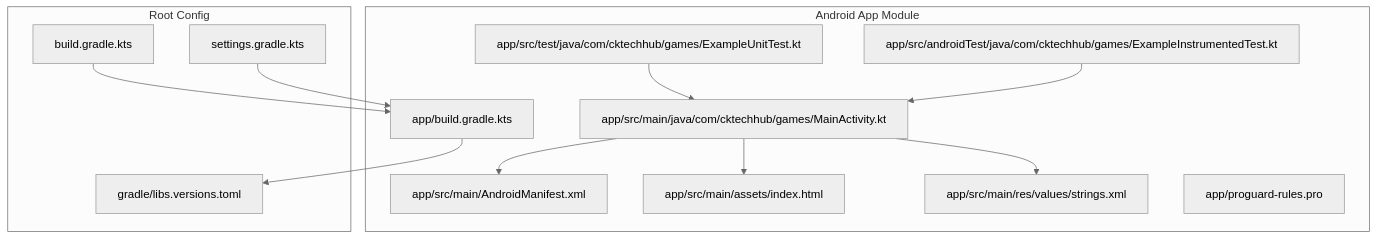
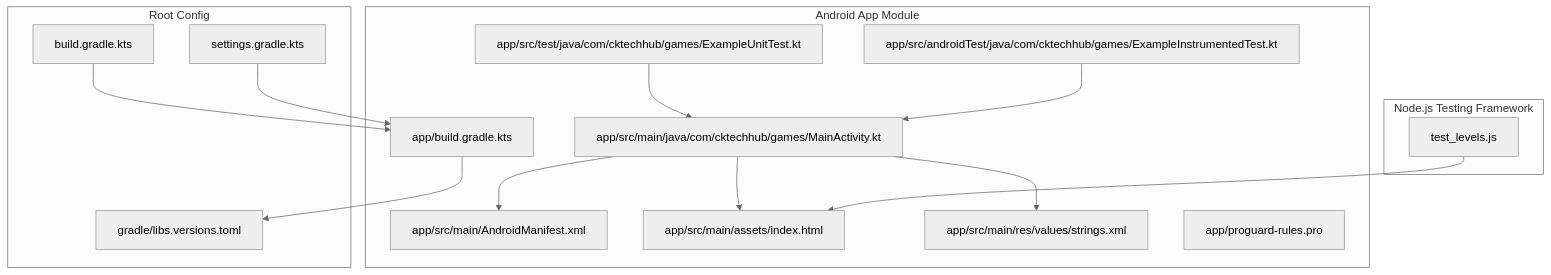
The first of 5 diagrams in .qoder/repowiki/en/content/Testing & Deployment.md (chetanck03/games), drawn with Mermaid (neutral theme) before and after one commit. The commit also changed other lines of this file and 4 other files, not shown here.

First line of the commit message:
test(levels): add Node.js test framework for Ball Sort Puzzle validation

````diff
--- a/.qoder/repowiki/en/content/Testing & Deployment.md
+++ b/.qoder/repowiki/en/content/Testing & Deployment.md
@@ -47,26 +57,30 @@
 ```mermaid
 graph TB
 subgraph "Android App Module"
 A["app/src/main/java/com/cktechhub/games/MainActivity.kt"]
 B["app/src/main/AndroidManifest.xml"]
 C["app/src/main/assets/index.html"]
 D["app/src/main/res/values/strings.xml"]
 E["app/src/test/java/com/cktechhub/games/ExampleUnitTest.kt"]
 F["app/src/androidTest/java/com/cktechhub/games/ExampleInstrumentedTest.kt"]
 G["app/build.gradle.kts"]
 H["app/proguard-rules.pro"]
+end
+subgraph "Node.js Testing Framework"
+T["test_levels.js"]
 end
 subgraph "Root Config"
 R1["build.gradle.kts"]
 R2["settings.gradle.kts"]
 R3["gradle/libs.versions.toml"]
 end
 A --> C
 A --> B
 A --> D
 E --> A
 F --> A
 G --> R3
 R1 --> G
 R2 --> G
+T --> C
 ```
````
